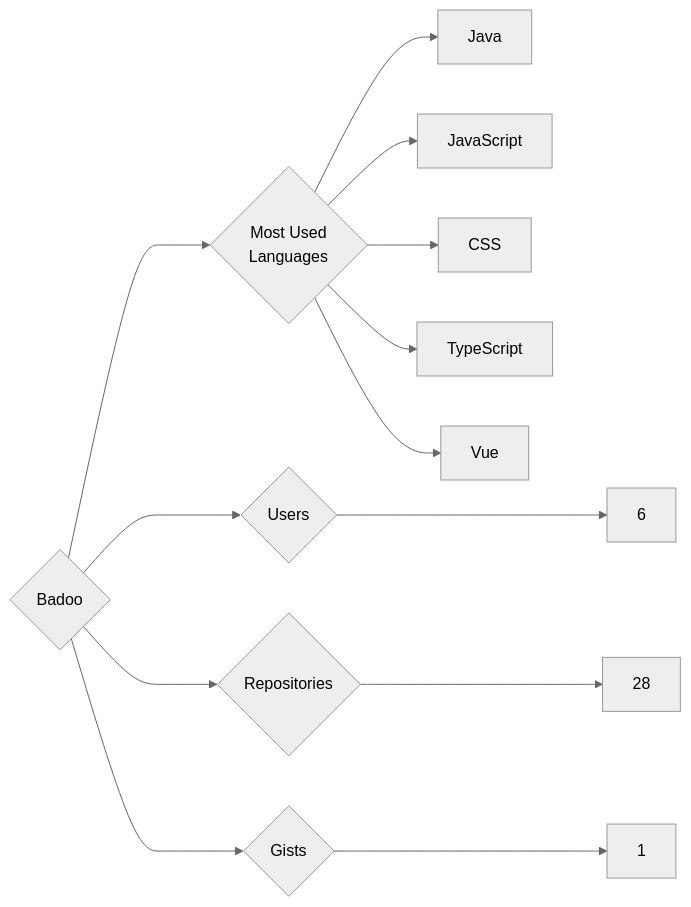
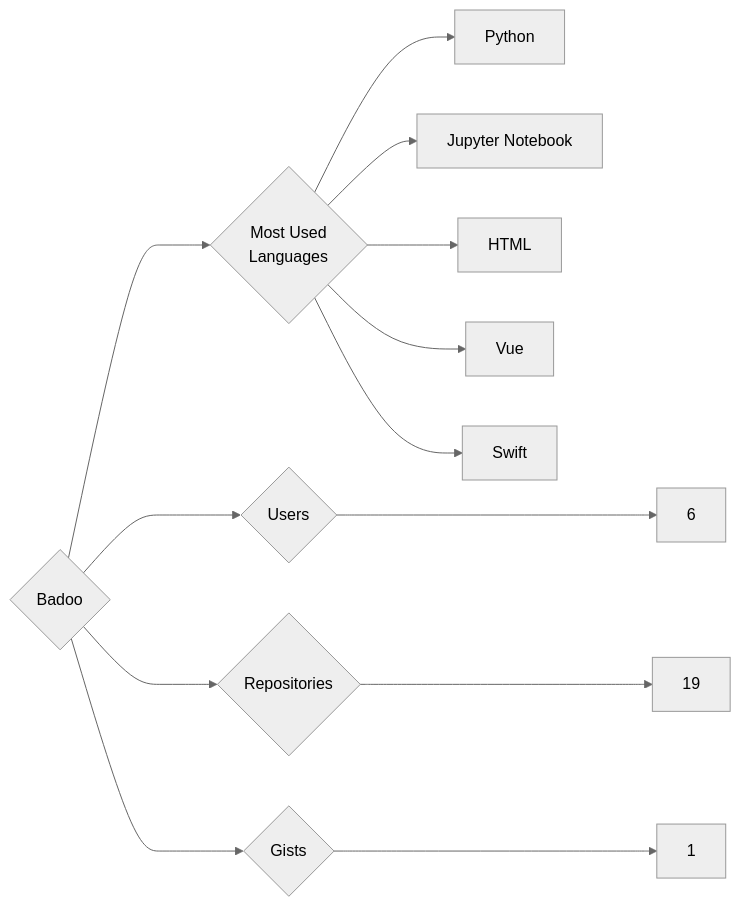
Before and after one commit to trickest/insiders: the diagram in targets/Badoo/README.md, drawn with Mermaid (neutral theme). The commit also changed 865 other files, not shown here.

````diff
--- a/targets/Badoo/README.md
+++ b/targets/Badoo/README.md
@@ -3,13 +3,13 @@
 ```mermaid
 graph LR
 COMPANY_NAME{Badoo}
 COMPANY_NAME ---> U{Users} ---> UN[6]
-COMPANY_NAME ---> R{Repositories} ---> RN[28]
+COMPANY_NAME ---> R{Repositories} ---> RN[19]
 COMPANY_NAME ---> G{Gists} ---> GN[1]
 COMPANY_NAME ---> ML{Most Used<br>Languages}
-ML --> Java[Java]
-ML --> JavaScript[JavaScript]
-ML --> CSS[CSS]
-ML --> TypeScript[TypeScript]
+ML --> Python[Python]
+ML --> Jupyter_Notebook[Jupyter Notebook]
+ML --> HTML[HTML]
 ML --> Vue[Vue]
+ML --> Swift[Swift]
 ```
````
